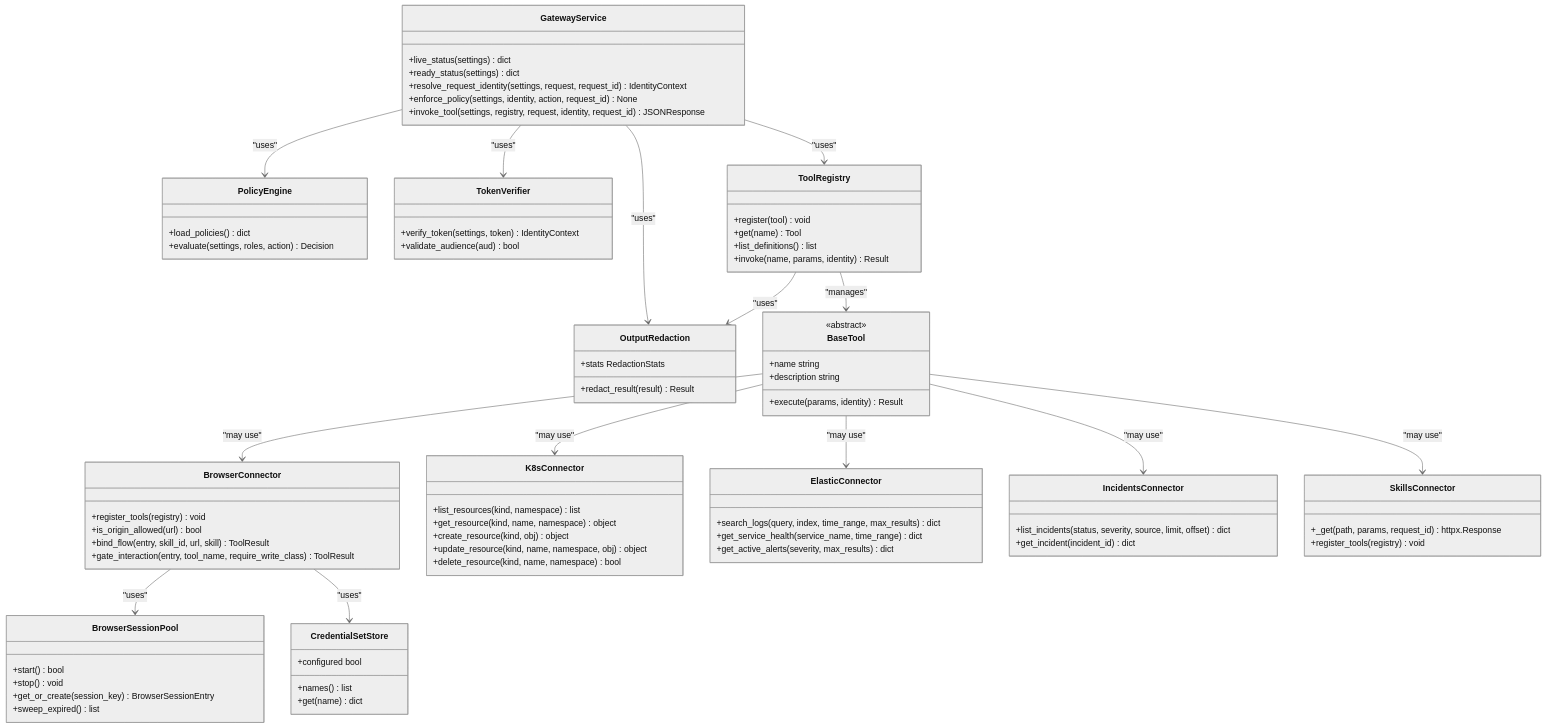
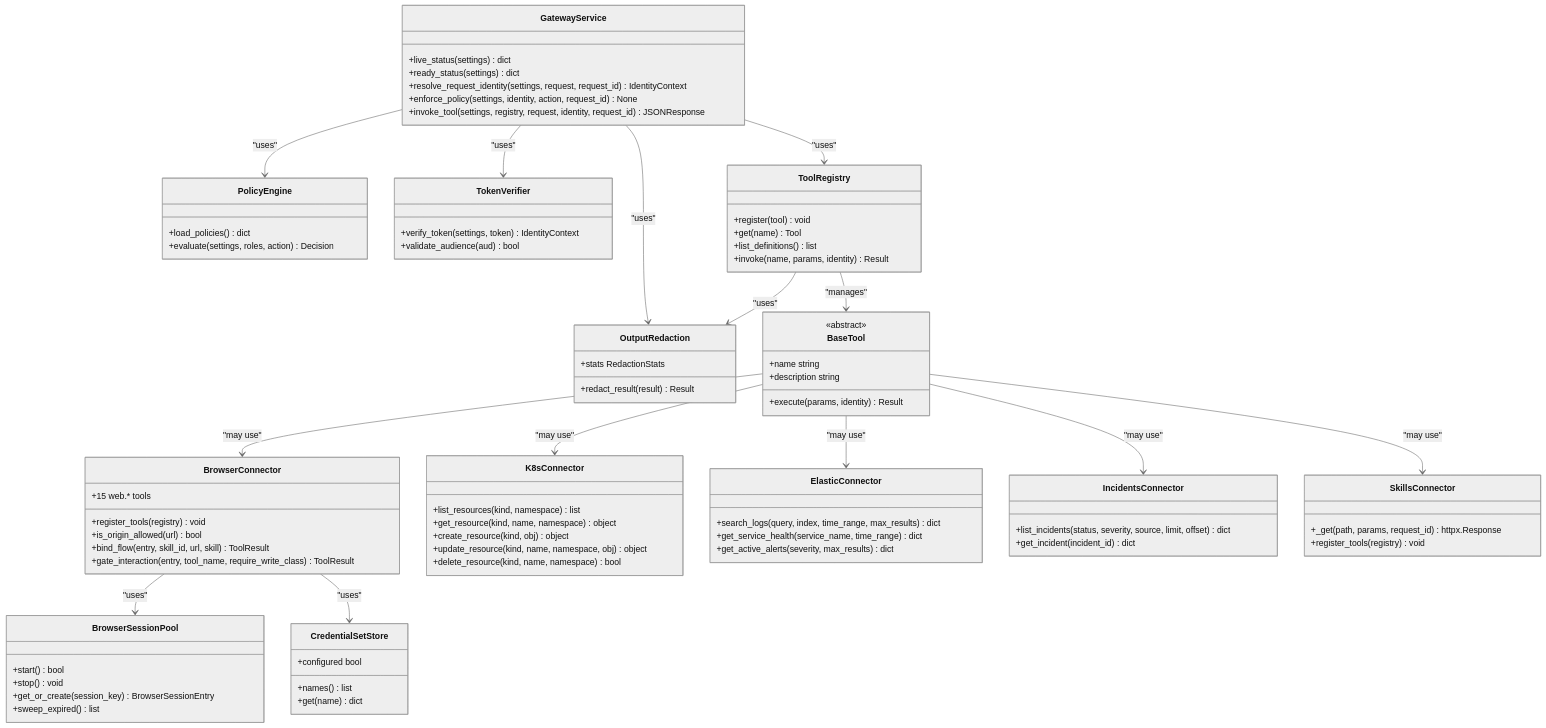
One commit to metasync/luban-aiops changed the fourth of 14 diagrams in .qoder/repowiki/en/content/Tool Gateway Service/Tool Gateway Service.md. Above: the diagram before and after it, drawn with Mermaid (neutral theme). The commit also changed other lines of this file and 109 other files, not shown here.

```diff
--- a/.qoder/repowiki/en/content/Tool Gateway Service/Tool Gateway Service.md
+++ b/.qoder/repowiki/en/content/Tool Gateway Service/Tool Gateway Service.md
@@ -383,6 +382,7 @@
 +is_origin_allowed(url) bool
 +bind_flow(entry, skill_id, url, skill) ToolResult
 +gate_interaction(entry, tool_name, require_write_class) ToolResult
++15 web.* tools
 }
 class BrowserSessionPool {
 +start() bool
```
